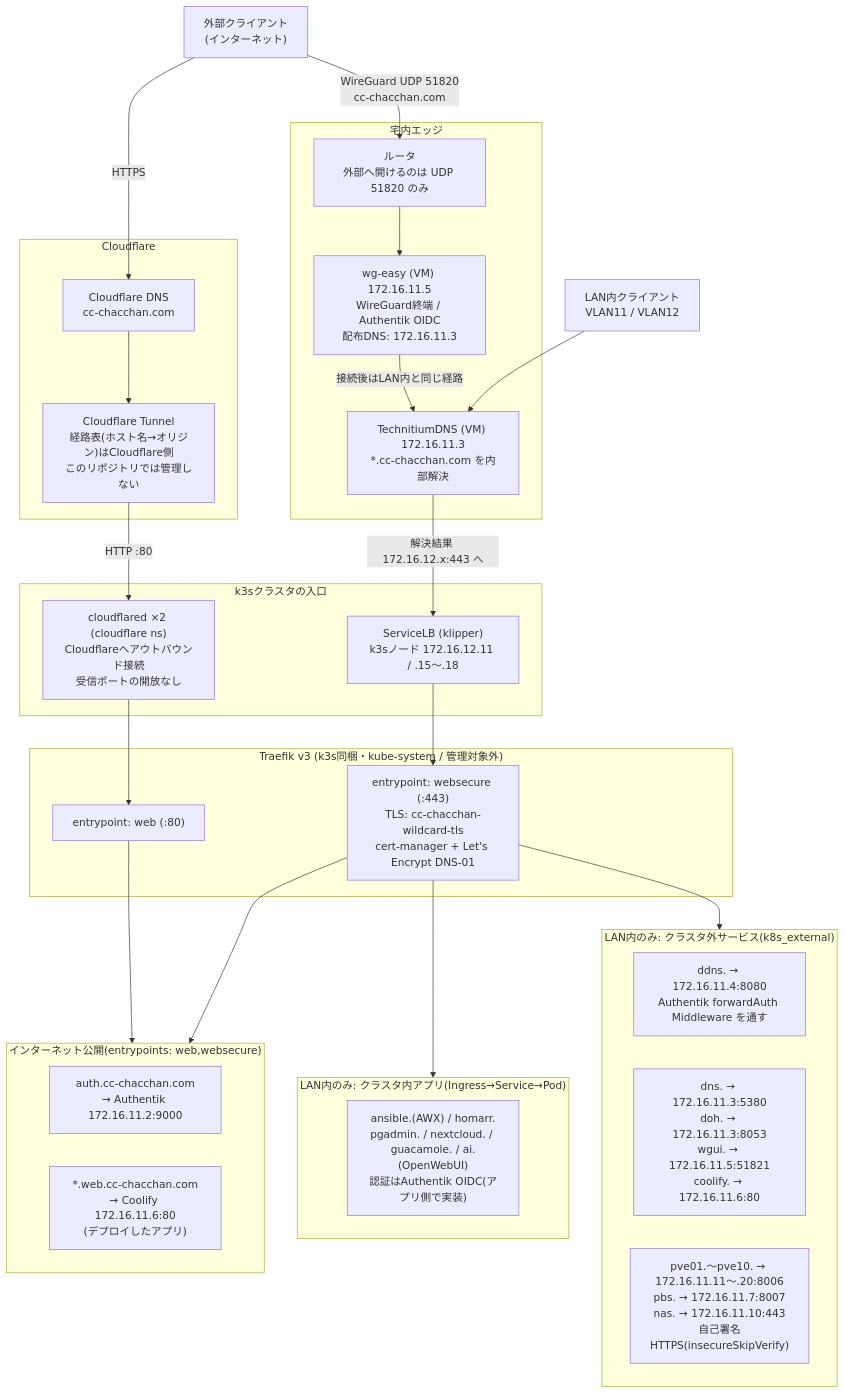
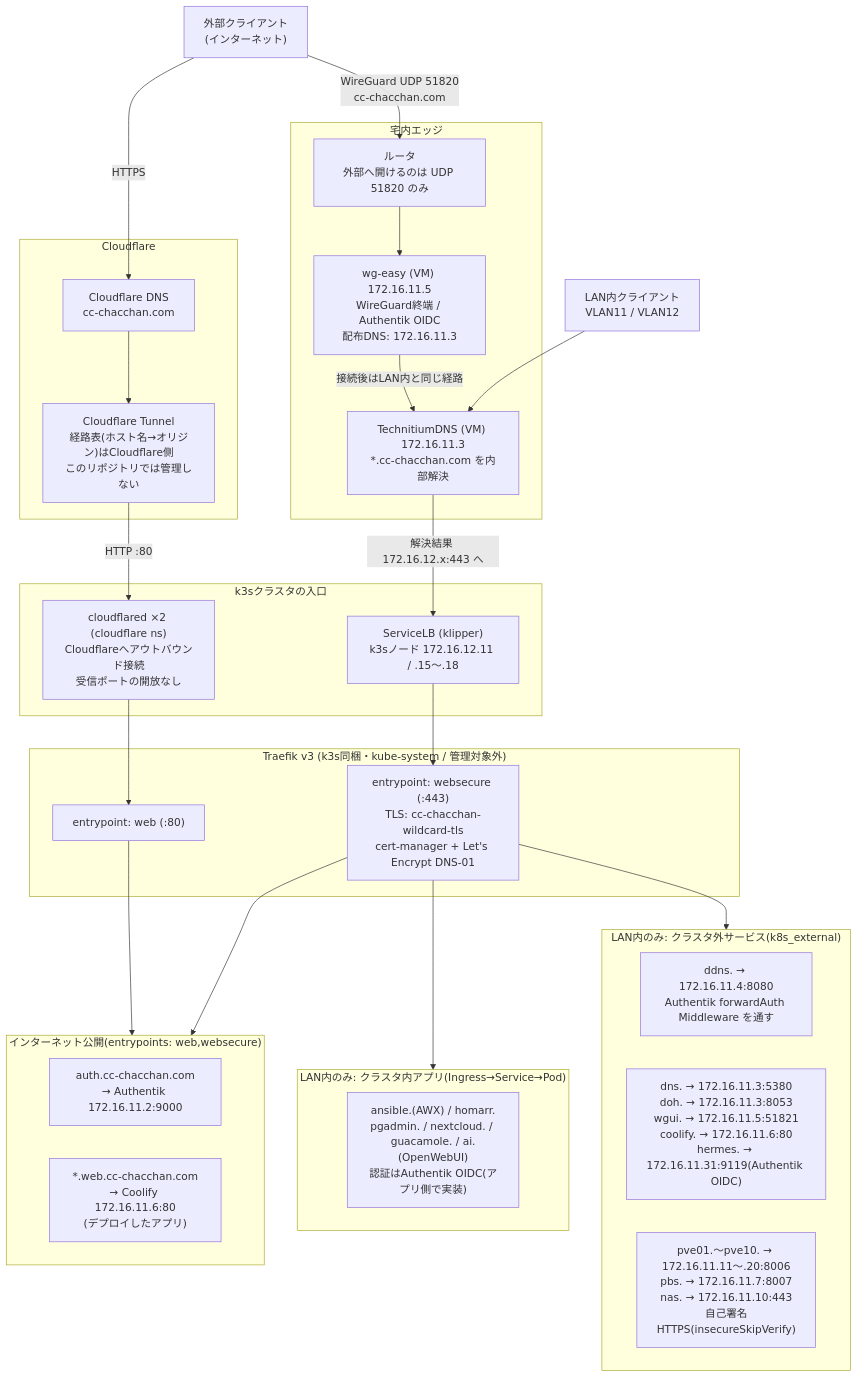
The second of 2 diagrams in infrastructure.md (CHACCHAN/infrastructure), drawn with Mermaid before and after one commit. The commit also changed other lines of this file and 28 other files, not shown here.

````diff
--- a/infrastructure.md
+++ b/infrastructure.md
@@ -95,54 +96,54 @@
 ```mermaid
 flowchart TB
   C_EXT["外部クライアント<br>(インターネット)"]
   C_LAN["LAN内クライアント<br>VLAN11 / VLAN12"]
 
   subgraph cloudflare["Cloudflare"]
     CF_DNS["Cloudflare DNS<br>cc-chacchan.com"]
     CF_TUNNEL["Cloudflare Tunnel<br>経路表(ホスト名→オリジン)はCloudflare側<br>このリポジトリでは管理しない"]
   end
 
   subgraph edge["宅内エッジ"]
     ROUTER["ルータ<br>外部へ開けるのは UDP 51820 のみ"]
     WG["wg-easy (VM) 172.16.11.5<br>WireGuard終端 / Authentik OIDC<br>配布DNS: 172.16.11.3"]
     DNS["TechnitiumDNS (VM) 172.16.11.3<br>*.cc-chacchan.com を内部解決"]
   end
 
   subgraph entry["k3sクラスタの入口"]
     CFD["cloudflared ×2 (cloudflare ns)<br>Cloudflareへアウトバウンド接続<br>受信ポートの開放なし"]
     SLB["ServiceLB (klipper)<br>k3sノード 172.16.12.11 / .15〜.18"]
   end
 
   subgraph traefik["Traefik v3 (k3s同梱・kube-system / 管理対象外)"]
     EP_WEB["entrypoint: web (:80)"]
     EP_SEC["entrypoint: websecure (:443)<br>TLS: cc-chacchan-wildcard-tls<br>cert-manager + Let's Encrypt DNS-01"]
   end
 
   subgraph pub["インターネット公開(entrypoints: web,websecure)"]
     H_AUTH["auth.cc-chacchan.com<br>→ Authentik 172.16.11.2:9000"]
     H_WEB["*.web.cc-chacchan.com<br>→ Coolify 172.16.11.6:80<br>(デプロイしたアプリ)"]
   end
 
   subgraph lan_app["LAN内のみ: クラスタ内アプリ(Ingress→Service→Pod)"]
     A_APPS["ansible.(AWX) / homarr.<br>pgadmin. / nextcloud. / guacamole. / ai.(OpenWebUI)<br>認証はAuthentik OIDC(アプリ側で実装)"]
   end
 
   subgraph lan_ext["LAN内のみ: クラスタ外サービス(k8s_external)"]
     E_FWD["ddns. → 172.16.11.4:8080<br>Authentik forwardAuth Middleware を通す"]
-    E_NET["dns. → 172.16.11.3:5380<br>doh. → 172.16.11.3:8053<br>wgui. → 172.16.11.5:51821<br>coolify. → 172.16.11.6:80"]
+    E_NET["dns. → 172.16.11.3:5380<br>doh. → 172.16.11.3:8053<br>wgui. → 172.16.11.5:51821<br>coolify. → 172.16.11.6:80<br>hermes. → 172.16.11.31:9119(Authentik OIDC)"]
     E_INFRA["pve01.〜pve10. → 172.16.11.11〜.20:8006<br>pbs. → 172.16.11.7:8007<br>nas. → 172.16.11.10:443<br>自己署名HTTPS(insecureSkipVerify)"]
   end
 
   C_EXT -->|"HTTPS"| CF_DNS
   C_EXT -->|"WireGuard UDP 51820<br>cc-chacchan.com"| ROUTER
   CF_DNS --> CF_TUNNEL
   CF_TUNNEL -->|"HTTP :80"| CFD
   CFD --> EP_WEB
   ROUTER --> WG
   WG -->|"接続後はLAN内と同じ経路"| DNS
   C_LAN --> DNS
   DNS -->|"解決結果 172.16.12.x:443 へ"| SLB
   SLB --> EP_SEC
   EP_WEB --> pub
   EP_SEC --> pub & lan_app & lan_ext
 ```
````
